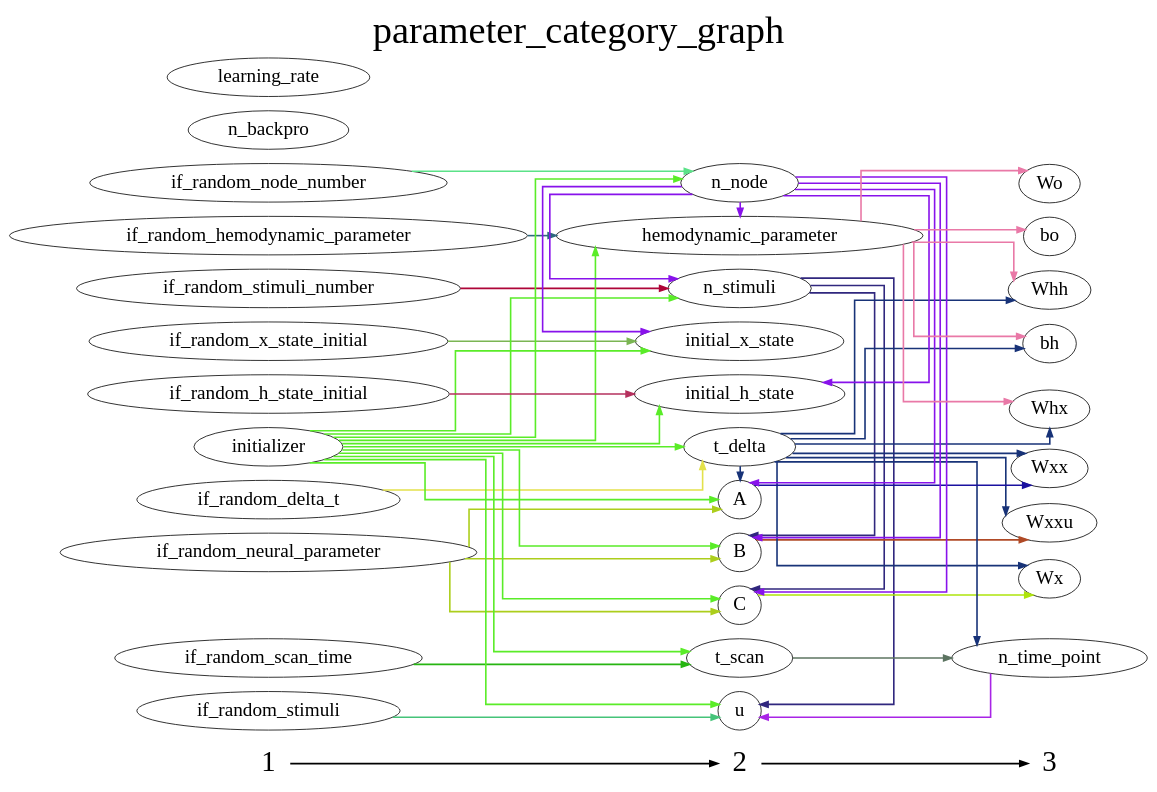
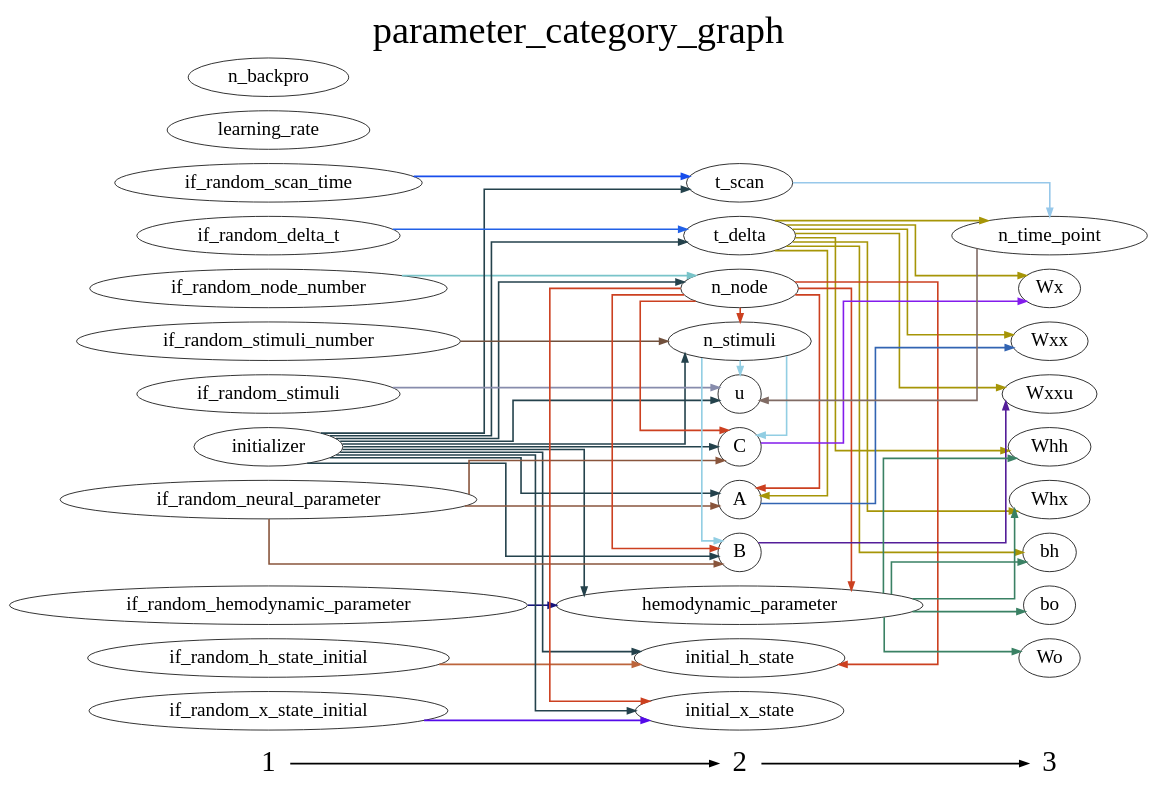
Before and after one commit to YuanWangOnward/DCM_RNN: the diagram in DCM_RNN/documents/parameter_category_graph.gv, drawn with Graphviz. The commit also changed 6 other files, not shown here.

```diff
--- a/DCM_RNN/documents/parameter_category_graph.gv
+++ b/DCM_RNN/documents/parameter_category_graph.gv
@@ -1,106 +1,106 @@
 digraph G {
           splines=ortho;
           fontsize = 48;
           rankdir = "LR";
           node[fontsize=24];
           edge[penwidth=2];
           {
           node [shape=plaintext fontsize=36];
           1 -> 
           2 -> 
           3
           }
           {rank = same;
           1;
-          if_random_hemodynamic_parameter;
+          if_random_scan_time;
           if_random_node_number;
-          if_random_delta_t;
-          if_random_x_state_initial;
-          if_random_neural_parameter;
-          n_backpro;
-          if_random_scan_time;
-          if_random_stimuli_number;
-          initializer;
           learning_rate;
           if_random_h_state_initial;
+          if_random_hemodynamic_parameter;
+          initializer;
           if_random_stimuli;
+          if_random_neural_parameter;
+          if_random_x_state_initial;
+          if_random_delta_t;
+          if_random_stimuli_number;
+          n_backpro;
           }
           {rank = same;
           2;
-          initial_x_state;
-          initial_h_state;
+          t_scan;
+          t_delta;
+          n_node;
+          B;
+          A;
+          hemodynamic_parameter;
           n_stimuli;
-          B;
           C;
           u;
-          t_delta;
-          t_scan;
-          A;
-          n_node;
-          hemodynamic_parameter;
+          initial_h_state;
+          initial_x_state;
           }
           {rank = same;
           3;
+          Wx;
+          n_time_point;
+          Wxx;
+          Whh;
+          Whx;
+          bh;
+          Wo;
+          bo;
           Wxxu;
-          Whh;
-          Wxx;
-          bh;
-          bo;
-          Whx;
-          n_time_point;
-          Wo;
-          Wx;
           }
-          if_random_stimuli_number -> n_stimuli [color="#AE0538"];
-          if_random_node_number -> n_node [color="#5BE288"];
-          initializer -> t_scan [color="#5AEC28"];
-          initializer -> n_stimuli [color="#5AEC28"];
-          initializer -> B [color="#5AEC28"];
-          initializer -> C [color="#5AEC28"];
-          initializer -> u [color="#5AEC28"];
-          initializer -> t_delta [color="#5AEC28"];
-          initializer -> initial_h_state [color="#5AEC28"];
-          initializer -> A [color="#5AEC28"];
-          initializer -> n_node [color="#5AEC28"];
-          initializer -> hemodynamic_parameter [color="#5AEC28"];
-          initializer -> initial_x_state [color="#5AEC28"];
-          if_random_hemodynamic_parameter -> hemodynamic_parameter [color="#2E697E"];
-          A -> Wxx [color="#1A11A0"];
-          if_random_neural_parameter -> B [color="#ACCE1C"];
-          if_random_neural_parameter -> C [color="#ACCE1C"];
-          if_random_neural_parameter -> A [color="#ACCE1C"];
-          if_random_delta_t -> t_delta [color="#E3E14B"];
-          t_scan -> n_time_point [color="#5C7461"];
-          if_random_h_state_initial -> initial_h_state [color="#B5305E"];
-          if_random_x_state_initial -> initial_x_state [color="#7BB554"];
-          n_stimuli -> B [color="#30277E"];
-          n_stimuli -> C [color="#30277E"];
-          n_stimuli -> u [color="#30277E"];
-          B -> Wxxu [color="#B04A26"];
-          n_node -> n_stimuli [color="#8812EB"];
-          n_node -> B [color="#8812EB"];
-          n_node -> C [color="#8812EB"];
-          n_node -> initial_h_state [color="#8812EB"];
-          n_node -> A [color="#8812EB"];
-          n_node -> hemodynamic_parameter [color="#8812EB"];
-          n_node -> initial_x_state [color="#8812EB"];
-          C -> Wx [color="#AEE40B"];
-          if_random_scan_time -> t_scan [color="#27B512"];
-          if_random_stimuli -> u [color="#45C379"];
-          t_delta -> Wxxu [color="#183378"];
-          t_delta -> Whx [color="#183378"];
-          t_delta -> Whh [color="#183378"];
-          t_delta -> Wxx [color="#183378"];
-          t_delta -> A [color="#183378"];
-          t_delta -> bh [color="#183378"];
-          t_delta -> Wx [color="#183378"];
-          t_delta -> n_time_point [color="#183378"];
-          hemodynamic_parameter -> Whx [color="#E979A7"];
-          hemodynamic_parameter -> Wo [color="#E979A7"];
-          hemodynamic_parameter -> Whh [color="#E979A7"];
-          hemodynamic_parameter -> bh [color="#E979A7"];
-          hemodynamic_parameter -> bo [color="#E979A7"];
-          n_time_point -> u [color="#A824E6"];
+          initializer -> u [color="#24424C"];
+          initializer -> t_scan [color="#24424C"];
+          initializer -> t_delta [color="#24424C"];
+          initializer -> n_node [color="#24424C"];
+          initializer -> B [color="#24424C"];
+          initializer -> A [color="#24424C"];
+          initializer -> hemodynamic_parameter [color="#24424C"];
+          initializer -> n_stimuli [color="#24424C"];
+          initializer -> C [color="#24424C"];
+          initializer -> initial_h_state [color="#24424C"];
+          initializer -> initial_x_state [color="#24424C"];
+          n_time_point -> u [color="#806B64"];
+          t_delta -> Whx [color="#A69507"];
+          t_delta -> Wx [color="#A69507"];
+          t_delta -> A [color="#A69507"];
+          t_delta -> Whh [color="#A69507"];
+          t_delta -> n_time_point [color="#A69507"];
+          t_delta -> Wxx [color="#A69507"];
+          t_delta -> bh [color="#A69507"];
+          t_delta -> Wxxu [color="#A69507"];
+          if_random_x_state_initial -> initial_x_state [color="#550BEA"];
+          n_stimuli -> u [color="#92CEE3"];
+          n_stimuli -> B [color="#92CEE3"];
+          n_stimuli -> C [color="#92CEE3"];
+          t_scan -> n_time_point [color="#97C8EA"];
+          C -> Wx [color="#831CEC"];
+          if_random_node_number -> n_node [color="#79C4C9"];
+          if_random_neural_parameter -> B [color="#89553C"];
+          if_random_neural_parameter -> A [color="#89553C"];
+          if_random_neural_parameter -> C [color="#89553C"];
+          if_random_scan_time -> t_scan [color="#184EEC"];
+          if_random_stimuli -> u [color="#878CAC"];
+          if_random_stimuli_number -> n_stimuli [color="#71503C"];
+          n_node -> B [color="#CC4020"];
+          n_node -> A [color="#CC4020"];
+          n_node -> hemodynamic_parameter [color="#CC4020"];
+          n_node -> n_stimuli [color="#CC4020"];
+          n_node -> C [color="#CC4020"];
+          n_node -> initial_h_state [color="#CC4020"];
+          n_node -> initial_x_state [color="#CC4020"];
+          A -> Wxx [color="#3264B2"];
+          B -> Wxxu [color="#541E99"];
+          if_random_delta_t -> t_delta [color="#2160E7"];
+          hemodynamic_parameter -> Whx [color="#3A8164"];
+          hemodynamic_parameter -> Whh [color="#3A8164"];
+          hemodynamic_parameter -> bh [color="#3A8164"];
+          hemodynamic_parameter -> Wo [color="#3A8164"];
+          hemodynamic_parameter -> bo [color="#3A8164"];
+          if_random_h_state_initial -> initial_h_state [color="#BC653C"];
+          if_random_hemodynamic_parameter -> hemodynamic_parameter [color="#15147C"];
           labelloc = "t";
           label = "parameter_category_graph";
 }
```
